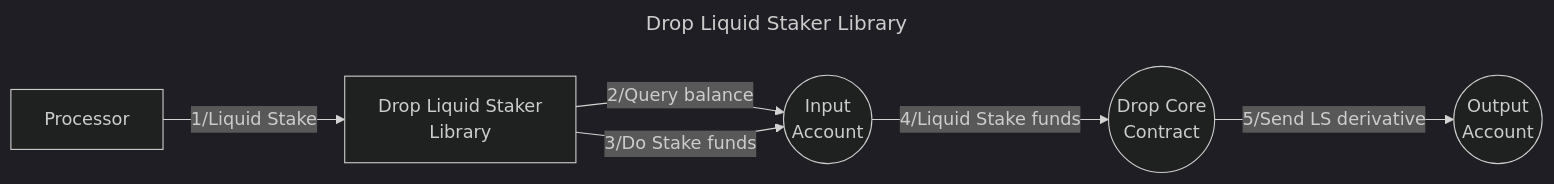
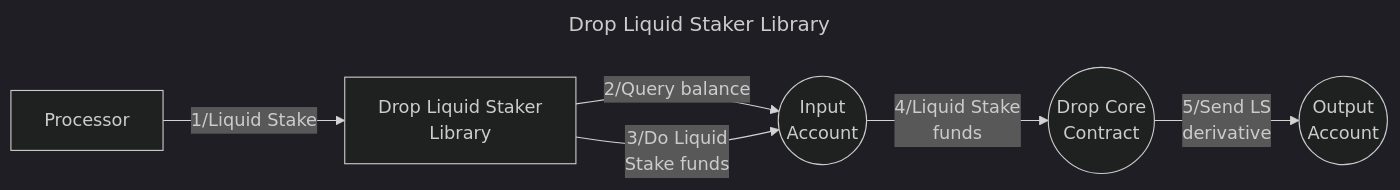
One commit to timewave-computer/valence-protocol changed the diagram in docs/src/libraries/cosmwasm/drop_liquid_staker.md. Above: the diagram before and after it, drawn with Mermaid (dark theme). The commit also changed 1 other file, not shown here.

Commit message:
parse mermaid diagram

````diff
--- a/docs/src/libraries/cosmwasm/drop_liquid_staker.md
+++ b/docs/src/libraries/cosmwasm/drop_liquid_staker.md
@@ -7,20 +7,23 @@
 ```mermaid
 ---
 title: Drop Liquid Staker Library
 ---
 graph LR
   IA((Input
       Account))
   CC((Drop Core
       Contract))
   OA((Output
       Account))
   P[Processor]
   S[Drop Liquid Staker
       Library]
   P -- 1/Liquid Stake --> S
   S -- 2/Query balance --> IA
-  S -- 3/Do Stake funds --> IA
-  IA -- 4/Liquid Stake funds --> CC
-  CC -- 5/Send LS derivative --> OA
+  S -- 3/Do Liquid 
+  Stake funds --> IA
+  IA -- 4/Liquid Stake
+   funds --> CC
+  CC -- 5/Send LS 
+  derivative --> OA
 ```
````
